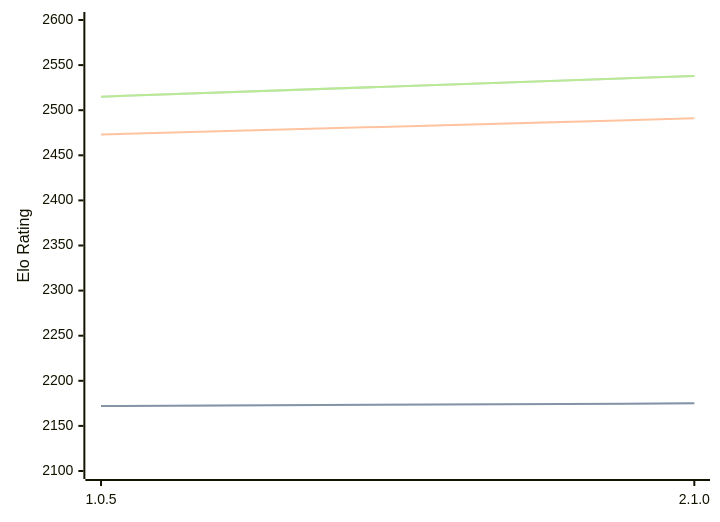
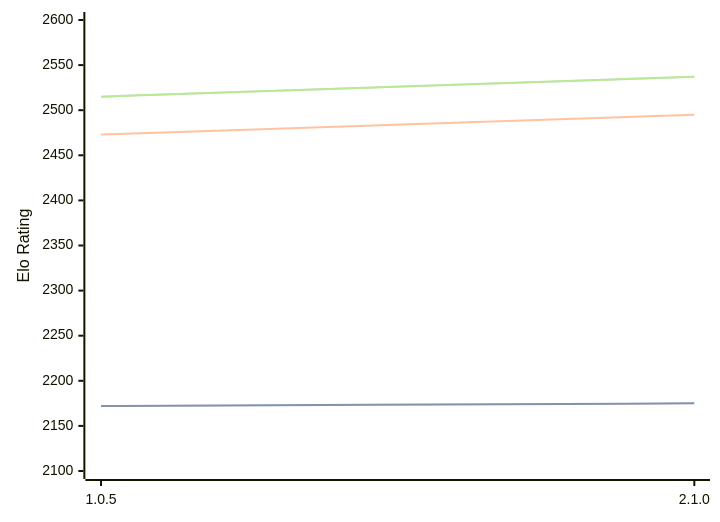
The diagram in engines/Ruffian.md (computer-chess-index/cci), drawn with Mermaid before and after one commit. The commit also changed other lines of this file, not shown here.

Commit message:
Update CCI Ratings (ELO VLTC) - 2026-03-22

````diff
--- a/engines/Ruffian.md
+++ b/engines/Ruffian.md
@@ -32,11 +32,11 @@
 ```mermaid
 %%{init: {"theme":"base","themeVariables":{"seriesColors:['#a3a3a3','#222221','#faa371']}}}%%
 xychart-beta
   x-axis ["1.0.5", "2.1.0"]
   y-axis "Elo Rating" 2100 --> 2600
   line "STC (8.0+0.08s)" [2172, 2175]
   line "STC (8.0+0.08s)" [2172, 2175]
-  line "LTC (60.0+0.60s)" [2473, 2491]
-  line "VLTC (2m24s+1.12s)" [2515, 2538]
-  line "VLTC (2m24s+1.12s)" [2515, 2538]
+  line "LTC (60.0+0.60s)" [2473, 2495]
+  line "VLTC (2m24s+1.12s)" [2515, 2537]
+  line "VLTC (2m24s+1.12s)" [2515, 2537]
 ```
````
